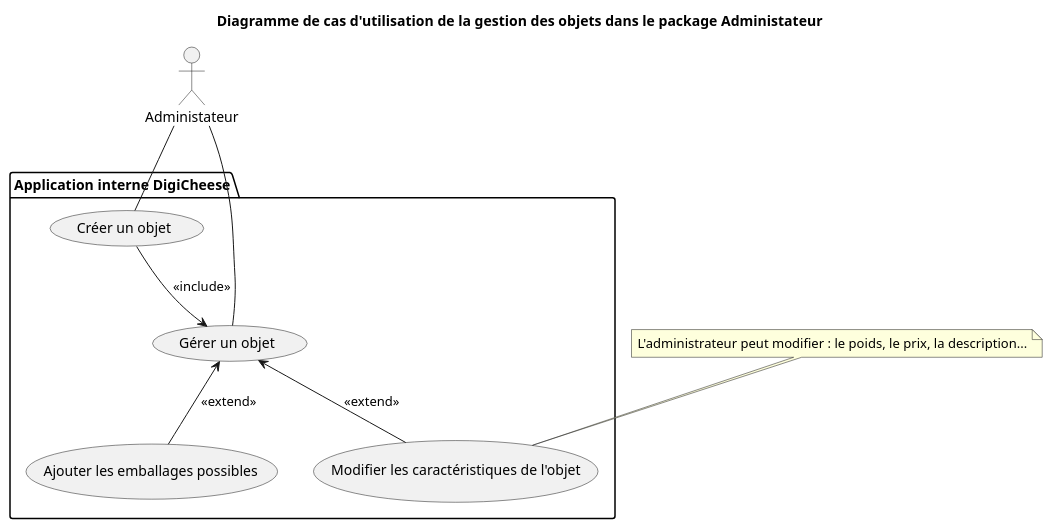
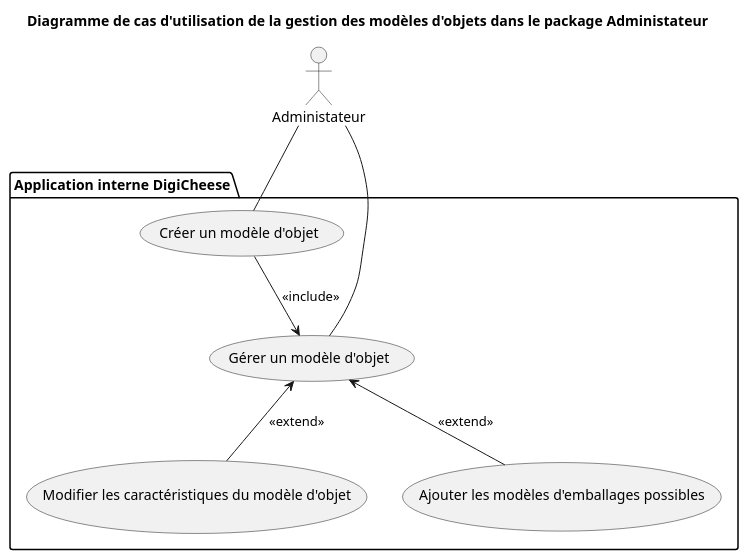
One commit to Bluwen/Conception_d_une_application_informatique changed the diagram in Cas_d_utilisation/Cas_utilisation_gestion_administrative_objet.puml. Above: the diagram before and after it, drawn with PlantUML. The commit also changed 5 other files, not shown here.

Commit message:
Mise à jour des cas d'utilisation

```diff
--- a/Cas_d_utilisation/Cas_utilisation_gestion_administrative_objet.puml
+++ b/Cas_d_utilisation/Cas_utilisation_gestion_administrative_objet.puml
@@ -1,26 +1,26 @@
 @startuml Gestion administrative d'un objet
 
 actor "Administateur" 
 
 package "Application interne DigiCheese" {
-    usecase "Créer un objet"
-    usecase "Gérer un objet"
+    usecase "Créer un modèle d'objet"
+    usecase "Gérer un modèle d'objet"
 
-    usecase "Modifier les caractéristiques de l'objet"
+    usecase "Modifier les caractéristiques du modèle d'objet"
 
-    usecase "Ajouter les emballages possibles"
+    usecase "Ajouter les modèles d'emballages possibles"
 }
 
-"Administateur" -- "Créer un objet"
-"Administateur" -- "Gérer un objet"
+"Administateur" -- "Créer un modèle d'objet"
+"Administateur" -- "Gérer un modèle d'objet"
 
-"Créer un objet" --> "Gérer un objet" : <<include>>
+"Créer un modèle d'objet" --> "Gérer un modèle d'objet" : <<include>>
 
-"Gérer un objet" <-- "Modifier les caractéristiques de l'objet" : <<extend>>
-"Gérer un objet" <-- "Ajouter les emballages possibles" : <<extend>>
+"Gérer un modèle d'objet" <-- "Modifier les caractéristiques du modèle d'objet" : <<extend>>
+"Gérer un modèle d'objet" <-- "Ajouter les modèles d'emballages possibles" : <<extend>>
 
-note "L'administrateur peut modifier : le poids, le prix, la description..." as N1
-N1 .. "Modifier les caractéristiques de l'objet"
+'note "L'administrateur peut modifier : le poids, le prix, la description..." as N1
+'N1 .. "Modifier les caractéristiques du modèle d'objet"
 
-title Diagramme de cas d'utilisation de la gestion des objets dans le package Administateur
+title Diagramme de cas d'utilisation de la gestion des modèles d'objets dans le package Administateur
 @enduml
```
